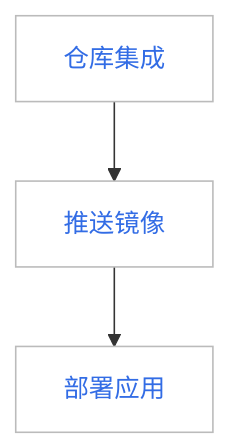
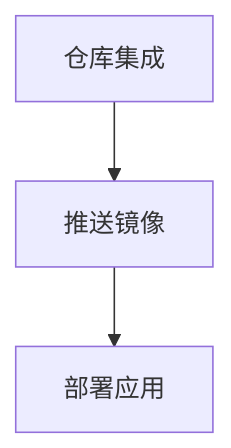
The diagram in docs/zh/docs/kangaroo/quickstart/ws-admin-registry.md (DaoCloud/DaoCloud-docs), drawn with Mermaid before and after one commit. The commit also changed 40 other files, not shown here.

Commit message:
remove classdef and class from mermaid blocks globally (#7555)

````diff
--- a/docs/zh/docs/kangaroo/quickstart/ws-admin-registry.md
+++ b/docs/zh/docs/kangaroo/quickstart/ws-admin-registry.md
@@ -20,15 +20,9 @@
 ```mermaid
 graph TB
 
 associate[仓库集成] --> push[推送镜像] --> deploy[部署应用]
 
-classDef plain fill:#ddd,stroke:#fff,stroke-width:1px,color:#000;
-classDef k8s fill:#326ce5,stroke:#fff,stroke-width:1px,color:#fff;
-classDef cluster fill:#fff,stroke:#bbb,stroke-width:1px,color:#326ce5;
-
-class associate,push,deploy cluster;
-
 click associate "https://docs.daocloud.io/kangaroo/related-registry/"
 click push "https://docs.daocloud.io/kangaroo/quickstart/push/"
 click deploy "https://docs.daocloud.io/kpanda/user-guide/workloads/create-deployment/"
 ```
````
